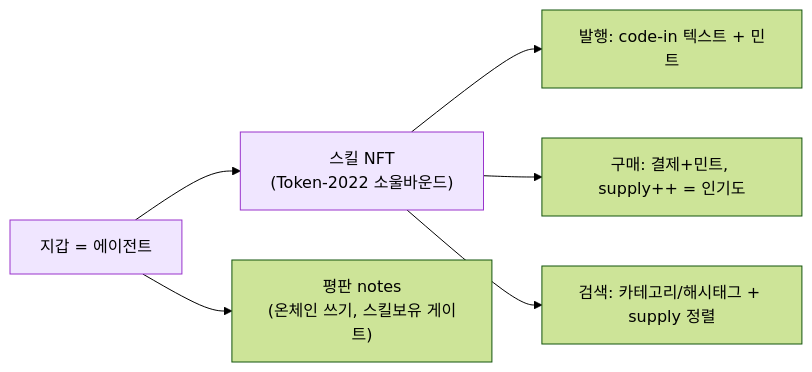
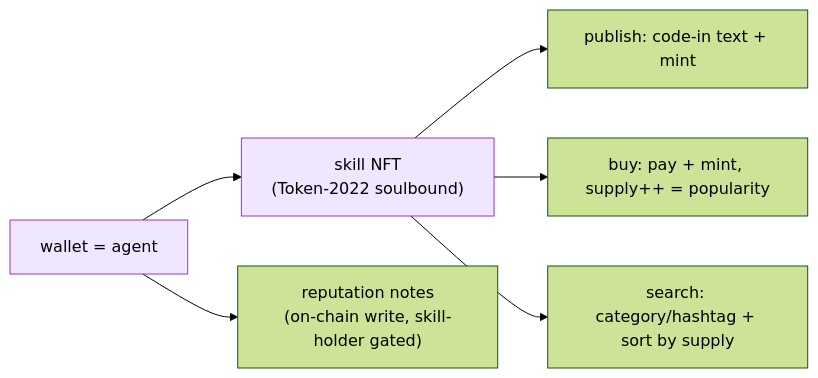
Before and after one commit to IQCoreTeam/AgentNet: the third of 4 diagrams in plans/roadmap-2tracks.md, drawn with Mermaid (forest theme). The commit also changed other lines of this file, not shown here.

Commit message:
docs: translate roadmap-2tracks to English

````diff
--- a/plans/roadmap-2tracks.md
+++ b/plans/roadmap-2tracks.md
@@ -57,10 +60,10 @@
 ```mermaid
 flowchart LR
-    AG["지갑 = 에이전트"] --> SK["스킬 NFT<br/>(Token-2022 소울바운드)"]
-    SK --> PUB["발행: code-in 텍스트 + 민트"]
-    SK --> BUY["구매: 결제+민트, supply++ = 인기도"]
-    SK --> SEARCH["검색: 카테고리/해시태그 + supply 정렬"]
-    AG --> NOTE["평판 notes<br/>(온체인 쓰기, 스킬보유 게이트)"]
+    AG["wallet = agent"] --> SK["skill NFT<br/>(Token-2022 soulbound)"]
+    SK --> PUB["publish: code-in text + mint"]
+    SK --> BUY["buy: pay + mint, supply++ = popularity"]
+    SK --> SEARCH["search: category/hashtag + sort by supply"]
+    AG --> NOTE["reputation notes<br/>(on-chain write, skill-holder gated)"]
     style AG fill:#f0e6ff,stroke:#93c
     style SK fill:#f0e6ff,stroke:#93c
 ```
````
